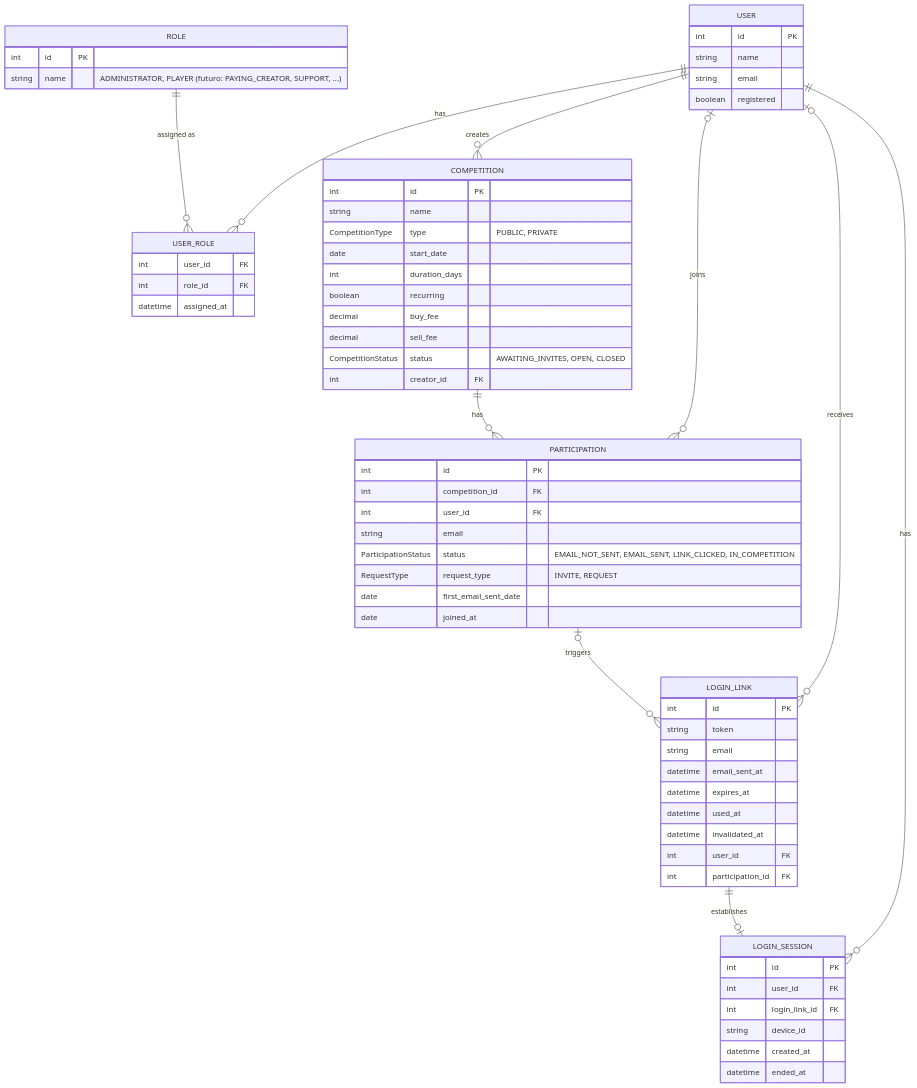
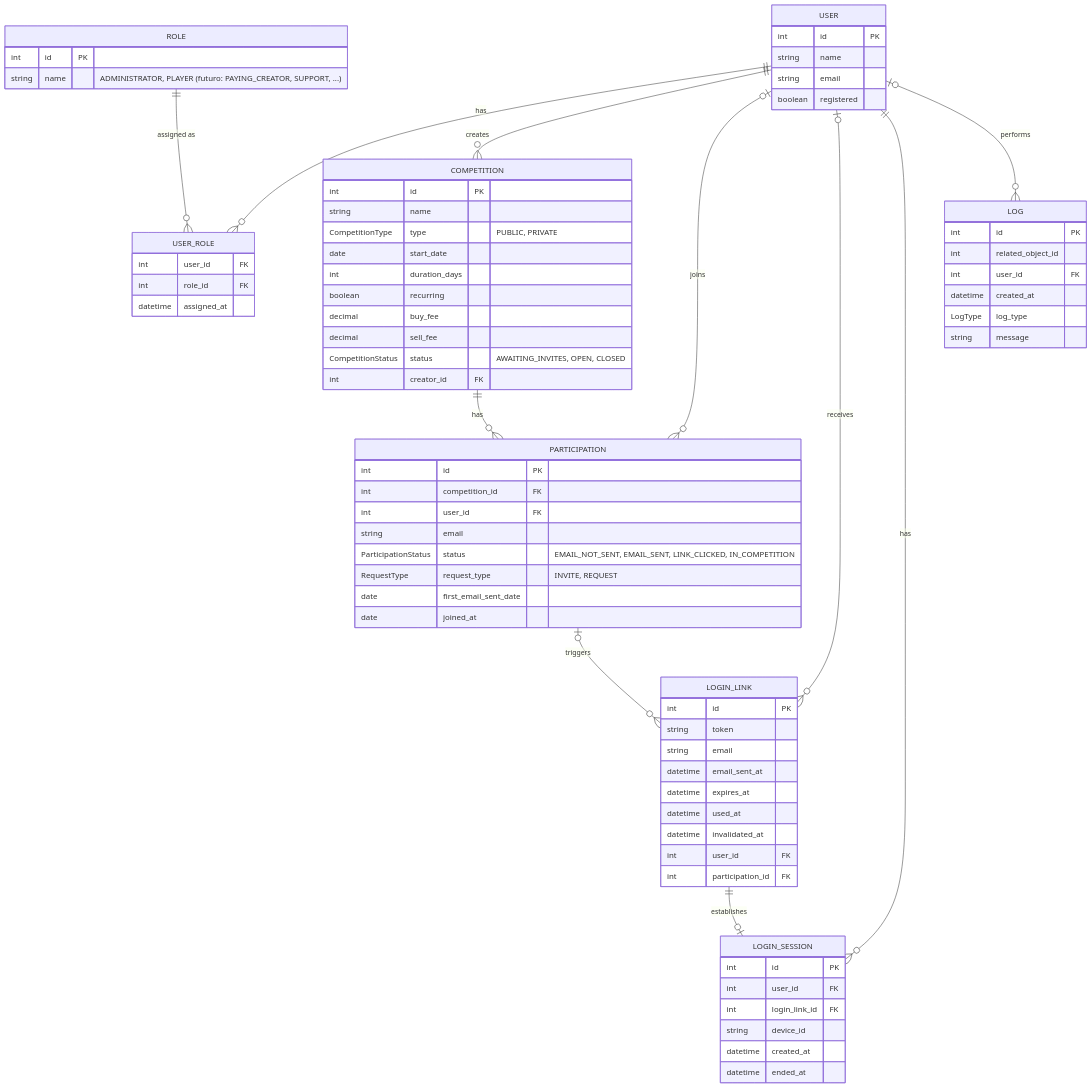
The diagram in docs/diagrams/der.md (lalgarve/jogo-acoes), drawn with Mermaid before and after one commit. The commit also changed other lines of this file and 14 other files, not shown here.

````diff
--- a/docs/diagrams/der.md
+++ b/docs/diagrams/der.md
@@ -6,69 +6,78 @@
 ```mermaid
 erDiagram
     USER {
         int id PK
         string name
         string email
         boolean registered
     }
     ROLE {
         int id PK
         string name "ADMINISTRATOR, PLAYER (futuro: PAYING_CREATOR, SUPPORT, ...)"
     }
     USER_ROLE {
         int user_id FK
         int role_id FK
         datetime assigned_at
     }
     COMPETITION {
         int id PK
         string name
         CompetitionType type "PUBLIC, PRIVATE"
         date start_date
         int duration_days
         boolean recurring
         decimal buy_fee
         decimal sell_fee
         CompetitionStatus status "AWAITING_INVITES, OPEN, CLOSED"
         int creator_id FK
     }
     PARTICIPATION {
         int id PK
         int competition_id FK
         int user_id FK
         string email
         ParticipationStatus status "EMAIL_NOT_SENT, EMAIL_SENT, LINK_CLICKED, IN_COMPETITION"
         RequestType request_type "INVITE, REQUEST"
         date first_email_sent_date
         date joined_at
     }
     LOGIN_LINK {
         int id PK
         string token
         string email
         datetime email_sent_at
         datetime expires_at
         datetime used_at
         datetime invalidated_at
         int user_id FK
         int participation_id FK
     }
     LOGIN_SESSION {
         int id PK
         int user_id FK
         int login_link_id FK
         string device_id
         datetime created_at
         datetime ended_at
     }
+    LOG {
+        int id PK
+        int related_object_id
+        int user_id FK
+        datetime created_at
+        LogType log_type
+        string message
+    }
 
     USER          ||--o{ USER_ROLE      : has
     ROLE          ||--o{ USER_ROLE      : "assigned as"
     USER          ||--o{ COMPETITION    : creates
     COMPETITION   ||--o{ PARTICIPATION  : has
     USER          |o--o{ PARTICIPATION  : joins
     USER          |o--o{ LOGIN_LINK     : receives
     PARTICIPATION |o--o{ LOGIN_LINK     : triggers
     USER          ||--o{ LOGIN_SESSION  : has
     LOGIN_LINK    ||--o| LOGIN_SESSION  : establishes
+    USER          |o--o{ LOG            : performs
 ```
````
